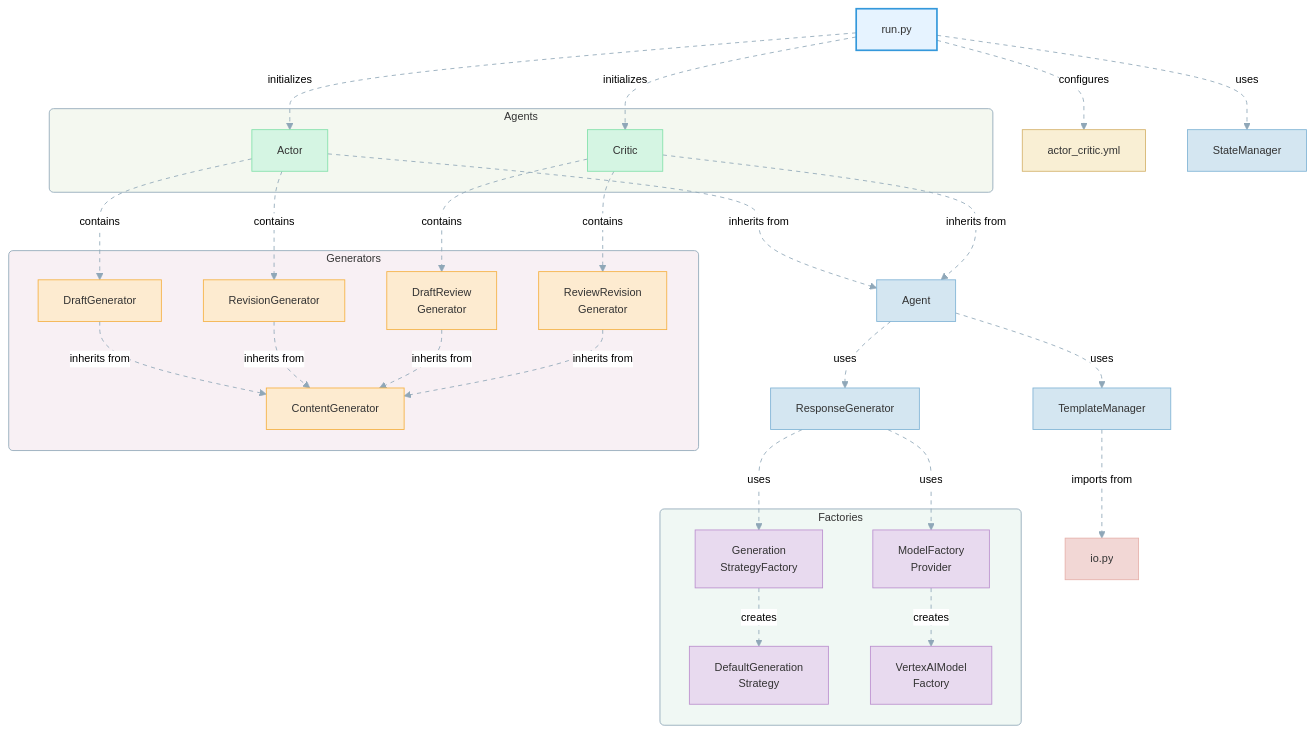
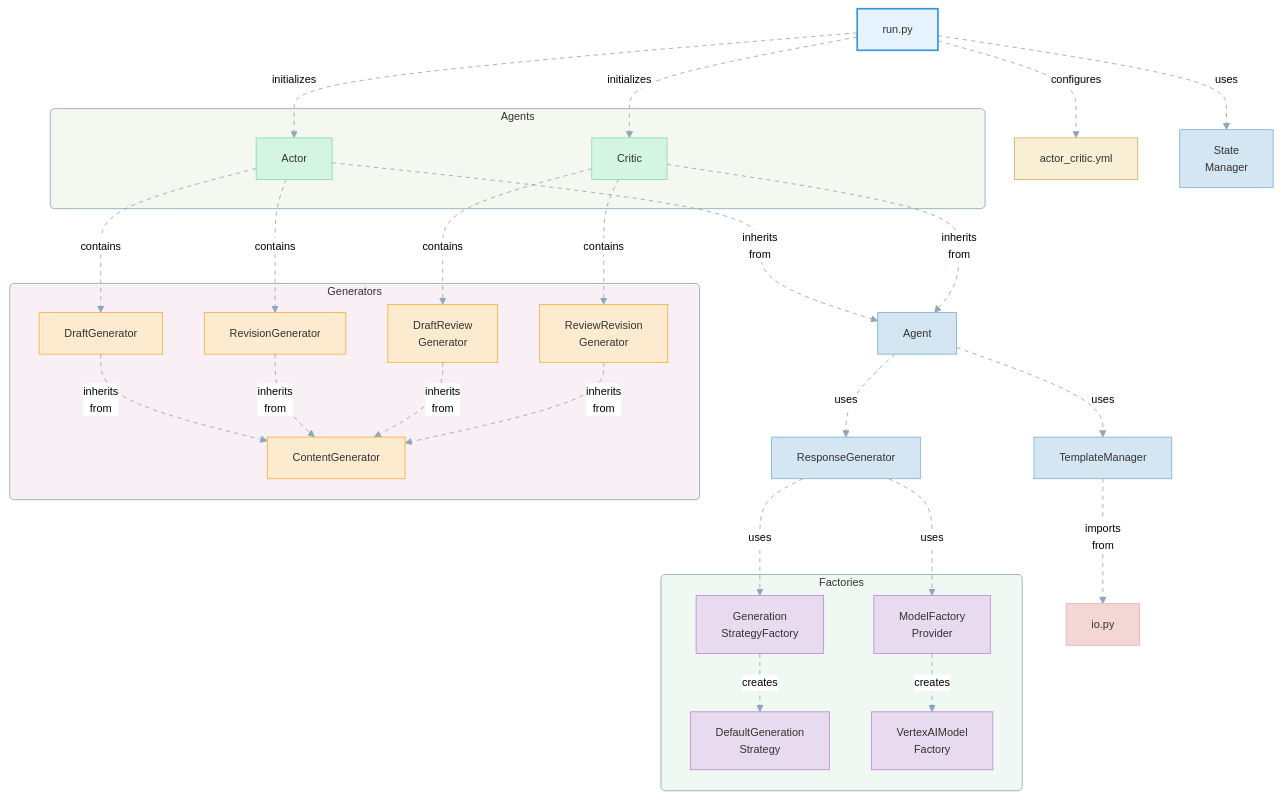
Before and after one commit to achimdehnert/Agentic-Workflow-Patterns: the diagram in img/patterns/actor_critic.mmd, drawn with Mermaid.

```diff
--- a/img/patterns/actor_critic.mmd
+++ b/img/patterns/actor_critic.mmd
@@ -1,87 +1,87 @@
 %%{init: {
   'theme': 'neutral',
   'themeVariables': {
     'primaryColor': '#f0f4f8',
     'primaryTextColor': '#333',
     'primaryBorderColor': '#8fa7b8',
     'lineColor': '#8fa7b8',
     'secondaryColor': '#f8f0f4',
     'tertiaryColor': '#f4f8f0',
     'fontFamily': 'Trebuchet MS, Arial, sans-serif',
     'fontSize': '13px'
   }
 }}%%
 
 graph TD
     classDef default fill:#fff,stroke:#8fa7b8,stroke-width:1px;
     classDef entrypoint fill:#e6f3ff,color:#333,stroke:#3498db,stroke-width:2px;
     classDef config fill:#f9efd4,color:#333,stroke:#d4b26a;
     classDef core fill:#d4e6f1,color:#333,stroke:#7fb3d5;
     classDef agent fill:#d5f5e3,color:#333,stroke:#82e0aa;
     classDef generator fill:#fdebd0,color:#333,stroke:#f5b041;
     classDef factory fill:#e8daef,color:#333,stroke:#bb8fce;
     classDef strategy fill:#d6eaf8,color:#333,stroke:#85c1e9;
     classDef util fill:#f2d7d5,color:#333,stroke:#e6b0aa;
 
     A[run.py] --> |configures| B[actor_critic.yml]
-    A --> |uses| C[StateManager]
+    A --> |uses| C[State<br>Manager]
     A --> |initializes| D[Actor]
     A --> |initializes| E[Critic]
     
-    D --> |inherits from| F[Agent]
-    E --> |inherits from| F
+    D --> |inherits<br>from| F[Agent]
+    E --> |inherits<br>from| F
     
     F --> |uses| G[TemplateManager]
     F --> |uses| H[ResponseGenerator]
     
-    G --> |imports from| I[io.py]
+    G --> |imports<br>from| I[io.py]
     H --> |uses| J[Generation<br>StrategyFactory]
     H --> |uses| K[ModelFactory<br>Provider]
     
     J --> |creates| L[DefaultGeneration<br>Strategy]
     K --> |creates| M[VertexAIModel<br>Factory]
     
     D --> |contains| N[DraftGenerator]
     D --> |contains| O[RevisionGenerator]
     
     E --> |contains| P[DraftReview<br>Generator]
     E --> |contains| Q[ReviewRevision<br>Generator]
     
-    N --> |inherits from| R[ContentGenerator]
-    O --> |inherits from| R
-    P --> |inherits from| R
-    Q --> |inherits from| R
+    N --> |inherits<br>from| R[ContentGenerator]
+    O --> |inherits<br>from| R
+    P --> |inherits<br>from| R
+    Q --> |inherits<br>from| R
 
     class A entrypoint;
     class B config;
     class C,F,G,H core;
     class D,E agent;
     class I util;
     class J,K,L,M factory;
     class N,O,P,Q,R generator;
 
     linkStyle default stroke:#8fa7b8,stroke-width:1px,stroke-dasharray: 5 5;
 
     subgraph Agents
         D
         E
     end
 
     subgraph Generators
         N
         O
         P
         Q
         R
     end
 
     subgraph Factories
         J
         K
         L
         M
     end
 
     style Agents fill:#f4f8f0,stroke:#8fa7b8,stroke-width:1px,rx:5,ry:5;
     style Generators fill:#f8f0f4,stroke:#8fa7b8,stroke-width:1px,rx:5,ry:5;
     style Factories fill:#f0f8f4,stroke:#8fa7b8,stroke-width:1px,rx:5,ry:5;
```
